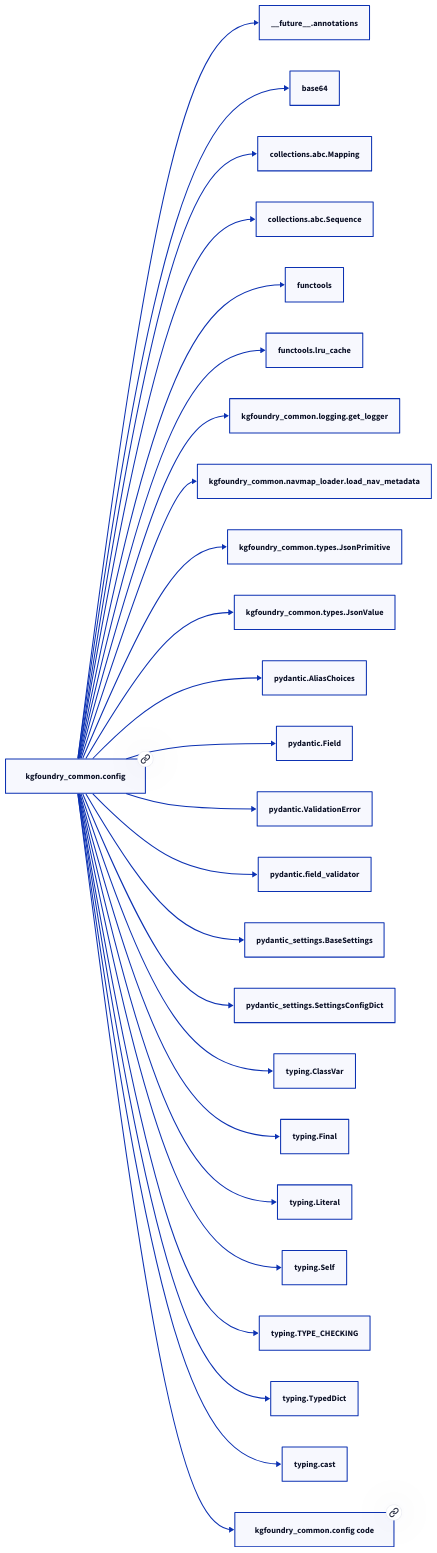
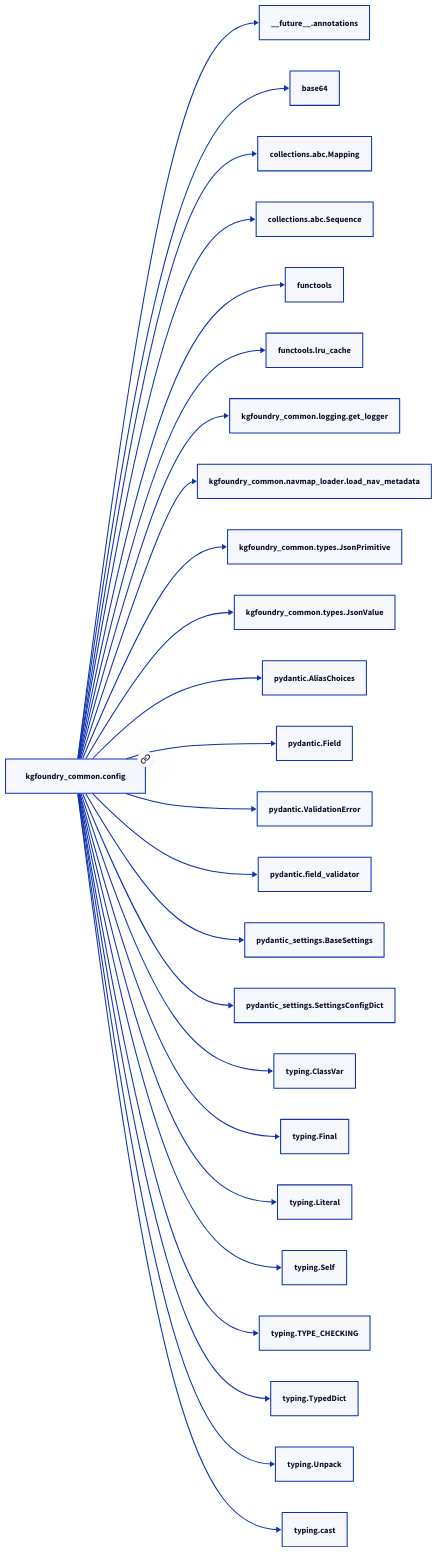
One commit to paul-heyse/kgforge changed the second of 2 diagrams in docs/modules/kgfoundry_common/config.md. Above: the diagram before and after it, drawn with D2. The commit also changed other lines of this file and 118 other files, not shown here.

````diff
--- a/docs/modules/kgfoundry_common/config.md
+++ b/docs/modules/kgfoundry_common/config.md
@@ -63,52 +65,52 @@
 ```d2
 direction: right
-"kgfoundry_common.config": "kgfoundry_common.config" { link: "./kgfoundry_common/config.md" }
+"kgfoundry_common.config": "kgfoundry_common.config" { link: "config.md" }
 "__future__.annotations": "__future__.annotations"
 "kgfoundry_common.config" -> "__future__.annotations"
 "base64": "base64"
 "kgfoundry_common.config" -> "base64"
 "collections.abc.Mapping": "collections.abc.Mapping"
 "kgfoundry_common.config" -> "collections.abc.Mapping"
 "collections.abc.Sequence": "collections.abc.Sequence"
 "kgfoundry_common.config" -> "collections.abc.Sequence"
 "functools": "functools"
 "kgfoundry_common.config" -> "functools"
 "functools.lru_cache": "functools.lru_cache"
 "kgfoundry_common.config" -> "functools.lru_cache"
 "kgfoundry_common.logging.get_logger": "kgfoundry_common.logging.get_logger"
 "kgfoundry_common.config" -> "kgfoundry_common.logging.get_logger"
 "kgfoundry_common.navmap_loader.load_nav_metadata": "kgfoundry_common.navmap_loader.load_nav_metadata"
 "kgfoundry_common.config" -> "kgfoundry_common.navmap_loader.load_nav_metadata"
 "kgfoundry_common.types.JsonPrimitive": "kgfoundry_common.types.JsonPrimitive"
 "kgfoundry_common.config" -> "kgfoundry_common.types.JsonPrimitive"
 "kgfoundry_common.types.JsonValue": "kgfoundry_common.types.JsonValue"
 "kgfoundry_common.config" -> "kgfoundry_common.types.JsonValue"
 "pydantic.AliasChoices": "pydantic.AliasChoices"
 "kgfoundry_common.config" -> "pydantic.AliasChoices"
 "pydantic.Field": "pydantic.Field"
 "kgfoundry_common.config" -> "pydantic.Field"
 "pydantic.ValidationError": "pydantic.ValidationError"
 "kgfoundry_common.config" -> "pydantic.ValidationError"
 "pydantic.field_validator": "pydantic.field_validator"
 "kgfoundry_common.config" -> "pydantic.field_validator"
 "pydantic_settings.BaseSettings": "pydantic_settings.BaseSettings"
 "kgfoundry_common.config" -> "pydantic_settings.BaseSettings"
 "pydantic_settings.SettingsConfigDict": "pydantic_settings.SettingsConfigDict"
 "kgfoundry_common.config" -> "pydantic_settings.SettingsConfigDict"
 "typing.ClassVar": "typing.ClassVar"
 "kgfoundry_common.config" -> "typing.ClassVar"
 "typing.Final": "typing.Final"
 "kgfoundry_common.config" -> "typing.Final"
 "typing.Literal": "typing.Literal"
 "kgfoundry_common.config" -> "typing.Literal"
 "typing.Self": "typing.Self"
 "kgfoundry_common.config" -> "typing.Self"
 "typing.TYPE_CHECKING": "typing.TYPE_CHECKING"
 "kgfoundry_common.config" -> "typing.TYPE_CHECKING"
 "typing.TypedDict": "typing.TypedDict"
 "kgfoundry_common.config" -> "typing.TypedDict"
+"typing.Unpack": "typing.Unpack"
+"kgfoundry_common.config" -> "typing.Unpack"
 "typing.cast": "typing.cast"
 "kgfoundry_common.config" -> "typing.cast"
-"kgfoundry_common.config_code": "kgfoundry_common.config code" { link: "https://github.com/kgfoundry/kgfoundry/blob/main/src/kgfoundry_common/config.py" }
-"kgfoundry_common.config" -> "kgfoundry_common.config_code" { style: dashed }
 ```
````
